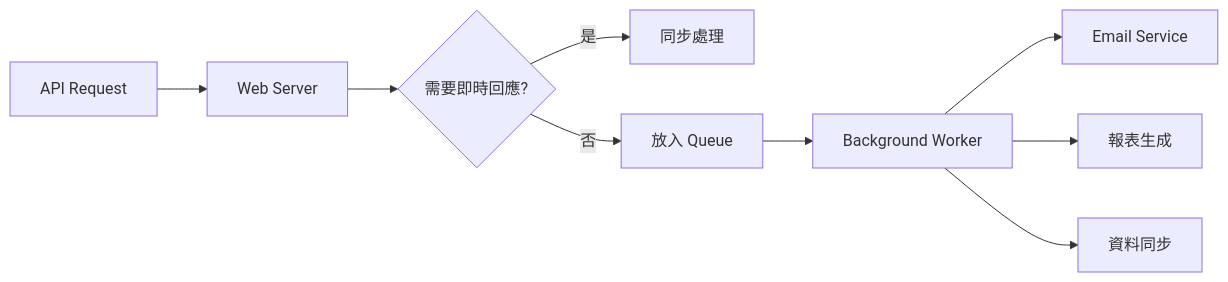
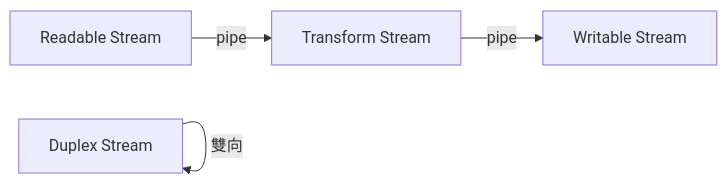
One commit to chihhung/Blog changed the tenth of 30 diagrams in content/posts/教學/framework/Node.js生態系教學手冊.md. Above: the diagram before and after it, drawn with Mermaid. The commit also changed other lines of this file, not shown here.

````diff
--- a/content/posts/教學/framework/Node.js生態系教學手冊.md
+++ b/content/posts/教學/framework/Node.js生態系教學手冊.md
@@ -1837,11 +2211,6 @@
 ```mermaid
 graph LR
-    A[API Request] --> B[Web Server]
-    B --> C{需要即時回應?}
-    C -->|是| D[同步處理]
-    C -->|否| E[放入 Queue]
-    E --> F[Background Worker]
-    F --> G[Email Service]
-    F --> H[報表生成]
-    F --> I[資料同步]
+    A[Readable Stream] -->|pipe| B[Transform Stream]
+    B -->|pipe| C[Writable Stream]
+    D[Duplex Stream] -->|雙向| D
 ```
````
